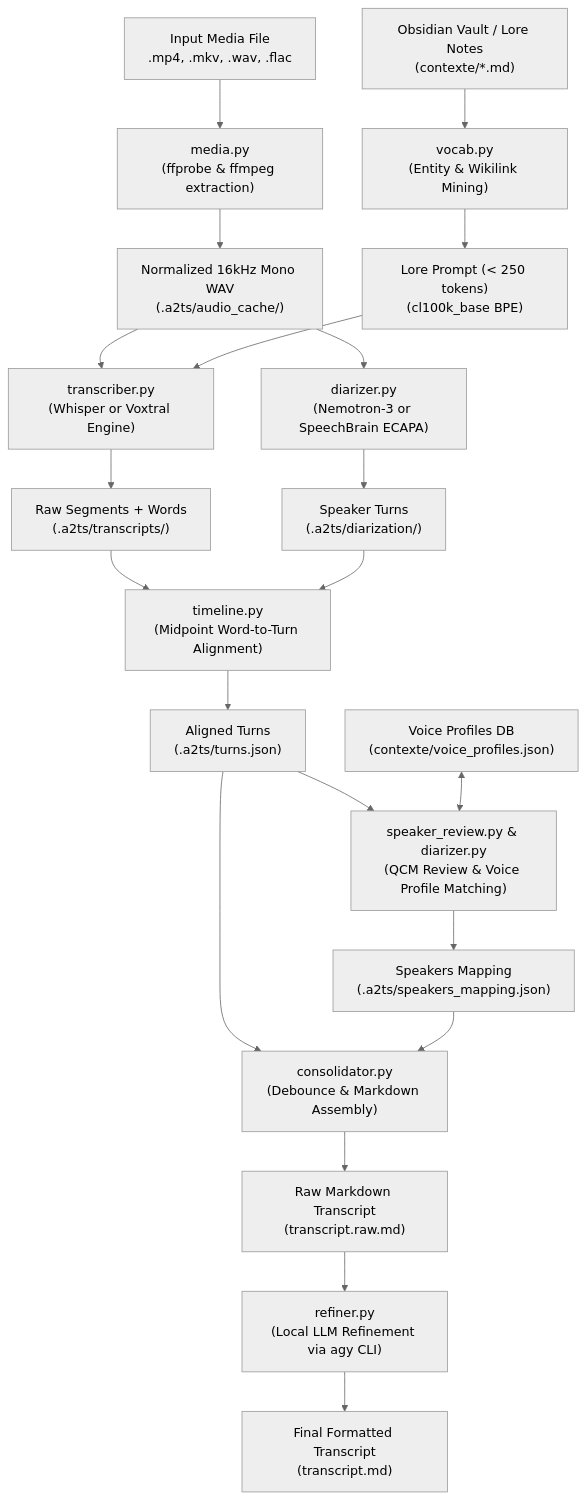
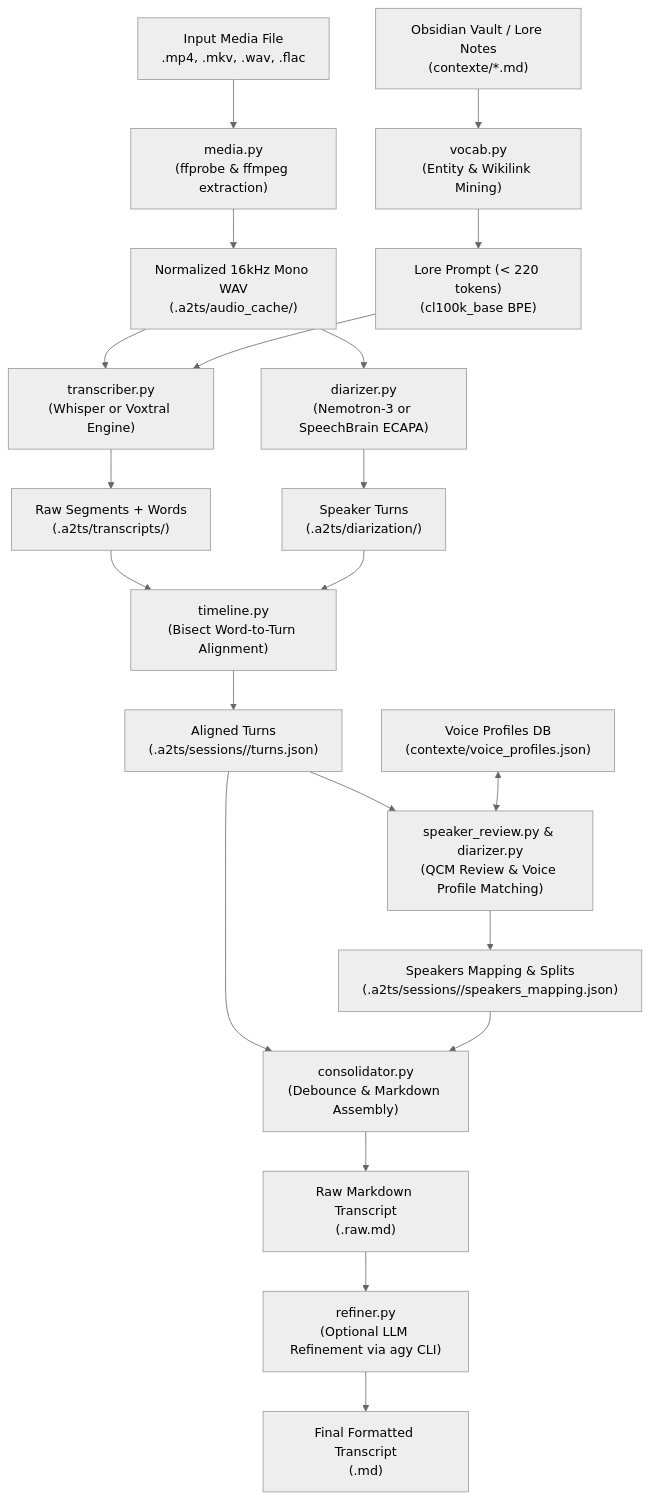
Before and after one commit to ynsta/a2ts: the first of 2 diagrams in docs/design.md, drawn with Mermaid (neutral theme). The commit also changed other lines of this file and 25 other files, not shown here.

````diff
--- a/docs/design.md
+++ b/docs/design.md
@@ -14,30 +14,30 @@
 ```mermaid
 flowchart TD
     Media[Input Media File\n.mp4, .mkv, .wav, .flac] --> MediaStage["media.py\n(ffprobe & ffmpeg extraction)"]
     MediaStage --> MonoWav["Normalized 16kHz Mono WAV\n(.a2ts/audio_cache/)"]
     
     LoreNotes["Obsidian Vault / Lore Notes\n(contexte/*.md)"] --> VocabStage["vocab.py\n(Entity & Wikilink Mining)"]
-    VocabStage --> LorePrompt["Lore Prompt (< 250 tokens)\n(cl100k_base BPE)"]
+    VocabStage --> LorePrompt["Lore Prompt (< 220 tokens)\n(cl100k_base BPE)"]
     
     MonoWav --> ASRStage["transcriber.py\n(Whisper or Voxtral Engine)"]
     LorePrompt --> ASRStage
     ASRStage --> RawSegments["Raw Segments + Words\n(.a2ts/transcripts/)"]
     
     MonoWav --> DiarStage["diarizer.py\n(Nemotron-3 or SpeechBrain ECAPA)"]
     DiarStage --> SpeakerTurns["Speaker Turns\n(.a2ts/diarization/)"]
     
-    RawSegments --> TimelineStage["timeline.py\n(Midpoint Word-to-Turn Alignment)"]
+    RawSegments --> TimelineStage["timeline.py\n(Bisect Word-to-Turn Alignment)"]
     SpeakerTurns --> TimelineStage
-    TimelineStage --> AlignedTurns["Aligned Turns\n(.a2ts/turns.json)"]
+    TimelineStage --> AlignedTurns["Aligned Turns\n(.a2ts/sessions/<media_hash>/turns.json)"]
     
     AlignedTurns --> ReviewStage["speaker_review.py & diarizer.py\n(QCM Review & Voice Profile Matching)"]
     VoiceProfilesDB["Voice Profiles DB\n(contexte/voice_profiles.json)"] <--> ReviewStage
-    ReviewStage --> SpeakersMapping["Speakers Mapping\n(.a2ts/speakers_mapping.json)"]
+    ReviewStage --> SpeakersMapping["Speakers Mapping & Splits\n(.a2ts/sessions/<media_hash>/speakers_mapping.json)"]
     
     AlignedTurns --> ConsolidateStage["consolidator.py\n(Debounce & Markdown Assembly)"]
     SpeakersMapping --> ConsolidateStage
-    ConsolidateStage --> RawMarkdown["Raw Markdown Transcript\n(transcript.raw.md)"]
+    ConsolidateStage --> RawMarkdown["Raw Markdown Transcript\n(<output>.raw.md)"]
     
-    RawMarkdown --> RefinerStage["refiner.py\n(Local LLM Refinement via agy CLI)"]
-    RefinerStage --> FinalOutput["Final Formatted Transcript\n(transcript.md)"]
+    RawMarkdown --> RefinerStage["refiner.py\n(Optional LLM Refinement via agy CLI)"]
+    RefinerStage --> FinalOutput["Final Formatted Transcript\n(<output>.md)"]
 ```
````
